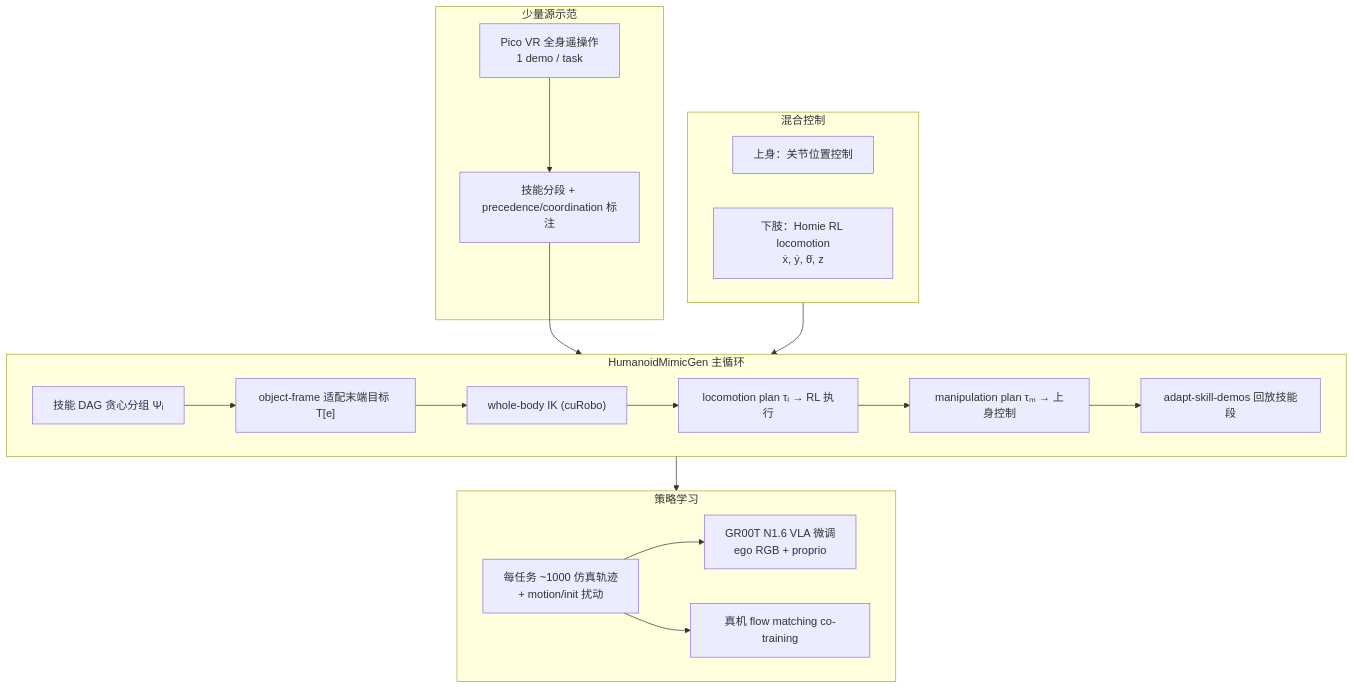
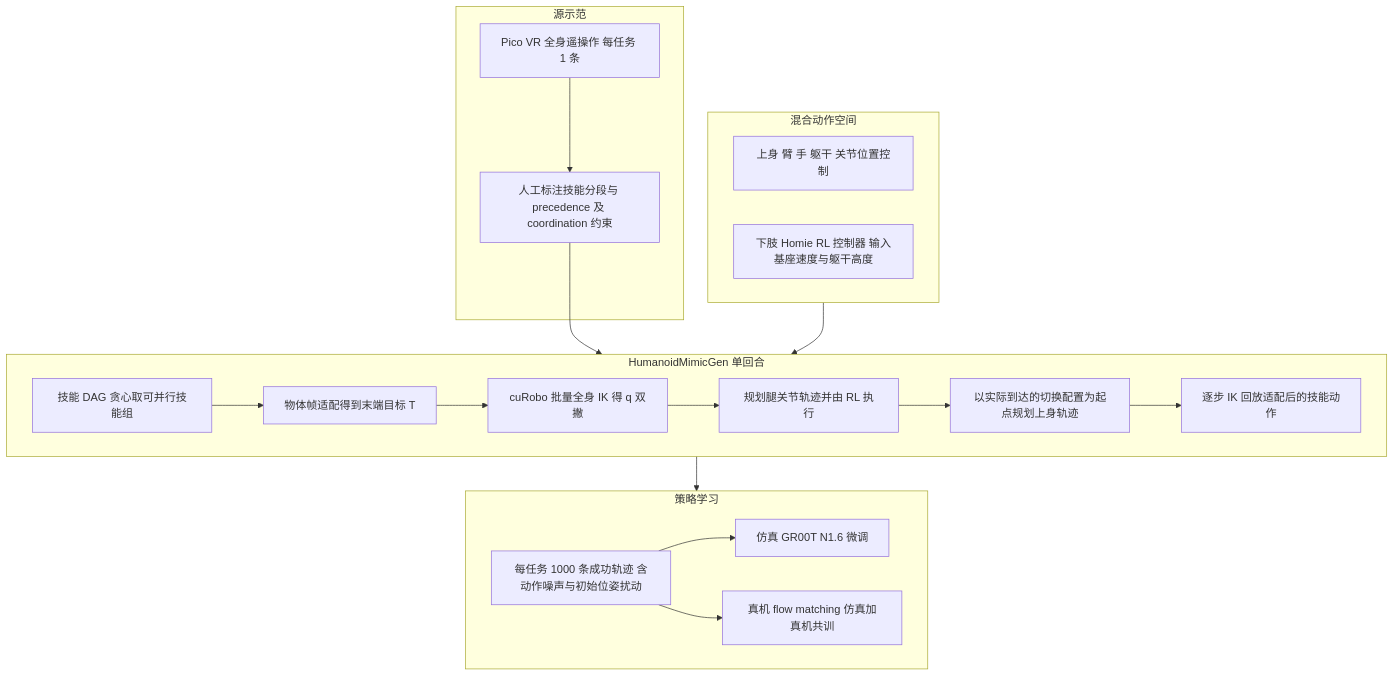
The diagram in wiki/entities/paper-humanoidmimicgen.md (ImChong/Robotics_Notebooks), drawn with Mermaid before and after one commit. The commit also changed other lines of this file and 196 other files, not shown here.

````diff
--- a/wiki/entities/paper-humanoidmimicgen.md
+++ b/wiki/entities/paper-humanoidmimicgen.md
@@ -49,31 +57,31 @@
 ```mermaid
 flowchart TB
-  subgraph teleop [少量源示范]
-    vr["Pico VR 全身遥操作<br/>1 demo / task"]
-    anno["技能分段 + precedence/coordination 标注"]
+  subgraph src [源示范]
+    vr["Pico VR 全身遥操作 每任务 1 条"]
+    anno["人工标注技能分段与 precedence 及 coordination 约束"]
     vr --> anno
   end
-  subgraph hybrid [混合控制]
-    upper["上身：关节位置控制"]
-    lower["下肢：Homie RL locomotion<br/>ẋ, ẏ, θ̇, z"]
+  subgraph ctrl [混合动作空间]
+    upper["上身 臂 手 躯干 关节位置控制"]
+    lower["下肢 Homie RL 控制器 输入基座速度与躯干高度"]
   end
-  subgraph gen [HumanoidMimicGen 主循环]
-    dag["技能 DAG 贪心分组 Ψᵢ"]
-    adapt["object-frame 适配末端目标 T[e]"]
-    wik["whole-body IK (cuRobo)"]
-    loco["locomotion plan τₗ → RL 执行"]
-    manip["manipulation plan τₘ → 上身控制"]
-    skill["adapt-skill-demos 回放技能段"]
-    dag --> adapt --> wik --> loco --> manip --> skill
+  subgraph gen [HumanoidMimicGen 单回合]
+    dag["技能 DAG 贪心取可并行技能组"]
+    tgt["物体帧适配得到末端目标 T"]
+    wik["cuRobo 批量全身 IK 得 q 双撇"]
+    loco["规划腿关节轨迹并由 RL 执行"]
+    manip["以实际到达的切换配置为起点规划上身轨迹"]
+    skill["逐步 IK 回放适配后的技能动作"]
+    dag --> tgt --> wik --> loco --> manip --> skill
   end
-  subgraph train [策略学习]
-    simdata["每任务 ~1000 仿真轨迹<br/>+ motion/init 扰动"]
-    vla["GR00T N1.6 VLA 微调<br/>ego RGB + proprio"]
-    cotrain["真机 flow matching co-training"]
-    simdata --> vla
-    simdata --> cotrain
+  subgraph learn [策略学习]
+    data["每任务 1000 条成功轨迹 含动作噪声与初始位姿扰动"]
+    sim["仿真 GR00T N1.6 微调"]
+    real["真机 flow matching 仿真加真机共训"]
+    data --> sim
+    data --> real
   end
   anno --> gen
-  hybrid --> gen
-  gen --> train
+  ctrl --> gen
+  gen --> learn
 ```
````
